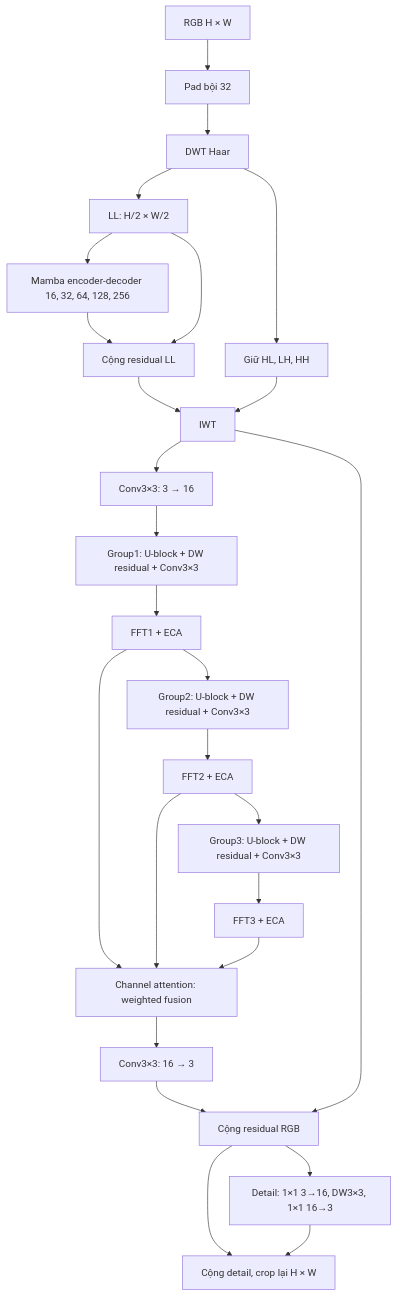
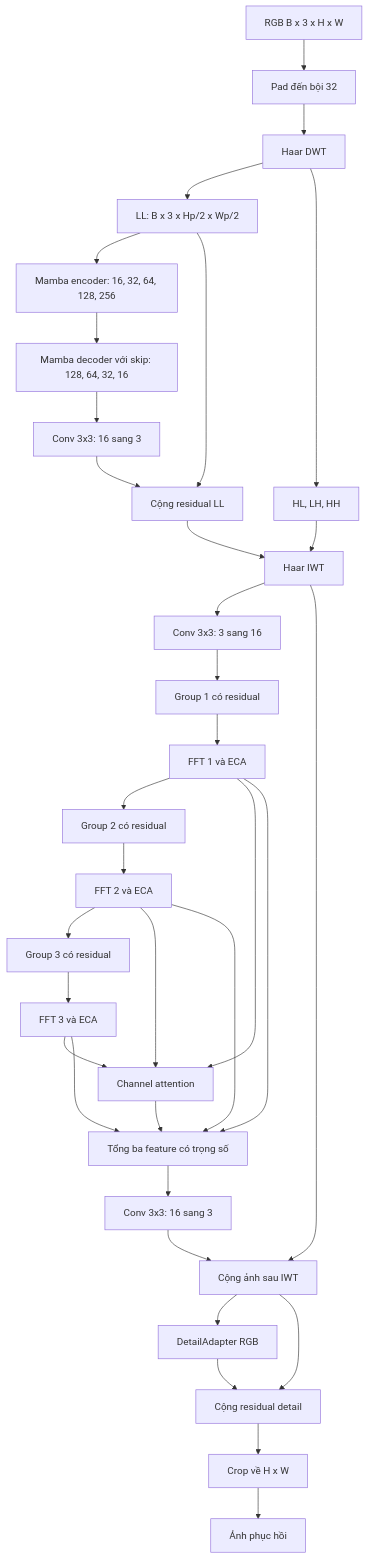
Before and after one commit to Darkin72/Haze-Clear: the diagram in phase 4/ARCHITECTURE.md, drawn with Mermaid. The commit also changed other lines of this file and 81 other files, not shown here.

````diff
--- a/phase 4/ARCHITECTURE.md
+++ b/phase 4/ARCHITECTURE.md
@@ -3,28 +39,36 @@
 ```mermaid
 flowchart TD
-    A[RGB H × W] --> P[Pad bội 32]
-    P --> D[DWT Haar]
-    D --> LL[LL: H/2 × W/2]
-    D --> HI[Giữ HL, LH, HH]
-    LL --> M[Mamba encoder-decoder 16, 32, 64, 128, 256]
-    M --> R[Cộng residual LL]
-    LL --> R
-    R --> I[IWT]
-    HI --> I
-    I --> PRE[Conv3×3: 3 → 16]
-    PRE --> G1[Group1: U-block + DW residual + Conv3×3]
-    G1 --> F1[FFT1 + ECA]
-    F1 --> G2[Group2: U-block + DW residual + Conv3×3]
-    G2 --> F2[FFT2 + ECA]
-    F2 --> G3[Group3: U-block + DW residual + Conv3×3]
-    G3 --> F3[FFT3 + ECA]
-    F1 --> CA[Channel attention: weighted fusion]
+    X[RGB B x 3 x H x W] --> PAD[Pad đến bội 32]
+    PAD --> DWT[Haar DWT]
+    DWT --> LL[LL: B x 3 x Hp/2 x Wp/2]
+    DWT --> HIGH[HL, LH, HH]
+    LL --> ENC[Mamba encoder: 16, 32, 64, 128, 256]
+    ENC --> DEC[Mamba decoder với skip: 128, 64, 32, 16]
+    DEC --> LC[Conv 3x3: 16 sang 3]
+    LC --> LR[Cộng residual LL]
+    LL --> LR
+    LR --> IWT[Haar IWT]
+    HIGH --> IWT
+    IWT --> PRE[Conv 3x3: 3 sang 16]
+    PRE --> G1[Group 1 có residual]
+    G1 --> F1[FFT 1 và ECA]
+    F1 --> G2[Group 2 có residual]
+    G2 --> F2[FFT 2 và ECA]
+    F2 --> G3[Group 3 có residual]
+    G3 --> F3[FFT 3 và ECA]
+    F1 --> CA[Channel attention]
     F2 --> CA
     F3 --> CA
-    CA --> POST[Conv3×3: 16 → 3]
-    POST --> SUM[Cộng residual RGB]
-    I --> SUM
-    SUM --> DETAIL[Detail: 1×1 3→16, DW3×3, 1×1 16→3]
-    SUM --> OUT[Cộng detail, crop lại H × W]
-    DETAIL --> OUT
+    CA --> FUSE[Tổng ba feature có trọng số]
+    F1 --> FUSE
+    F2 --> FUSE
+    F3 --> FUSE
+    FUSE --> POST[Conv 3x3: 16 sang 3]
+    POST --> RGB[Cộng ảnh sau IWT]
+    IWT --> RGB
+    RGB --> DA[DetailAdapter RGB]
+    RGB --> ADD[Cộng residual detail]
+    DA --> ADD
+    ADD --> CROP[Crop về H x W]
+    CROP --> OUT[Ảnh phục hồi]
 ```
````
